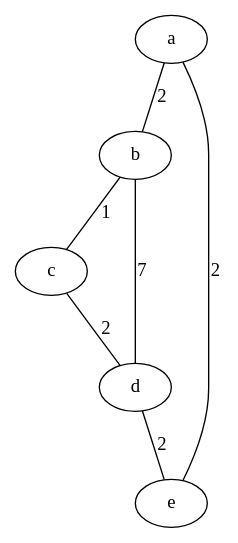
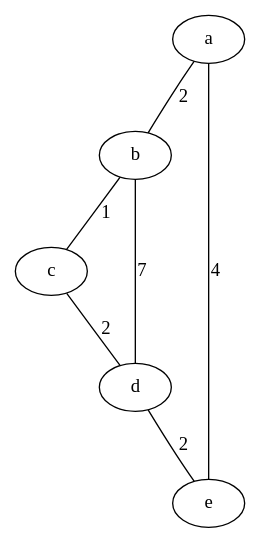
One commit to modu/website_grokit_ca changed the diagram in articles/web_cs_review/ShortestPathDijkstra/undirected_weighted_graph_simple2.dot. Above: the diagram before and after it, drawn with Graphviz. The commit also changed 4 other files, not shown here.

```diff
--- a/articles/web_cs_review/ShortestPathDijkstra/undirected_weighted_graph_simple2.dot
+++ b/articles/web_cs_review/ShortestPathDijkstra/undirected_weighted_graph_simple2.dot
@@ -1,8 +1,8 @@
 graph {
     a -- b [weight="2", label="2"];
     b -- c [weight="1", label="1"];
     c -- d [weight="2", label="2"];
     b -- d [weight="7", label="7"];
-    e -- a [weight="2", label="2"];
+    e -- a [weight="4", label="4"];
     d -- e [weight="2", label="2"];
 }
```
